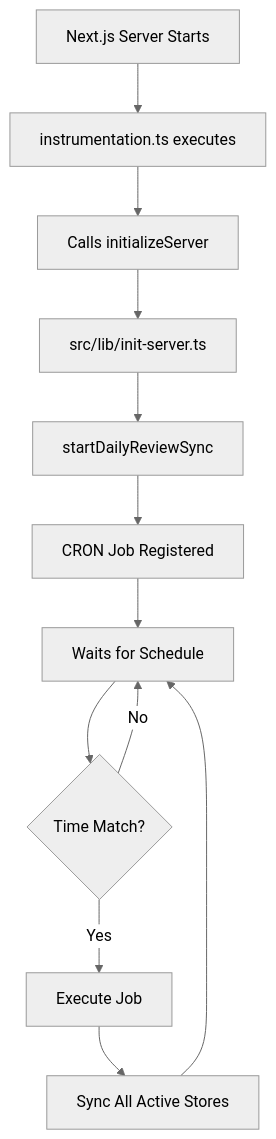
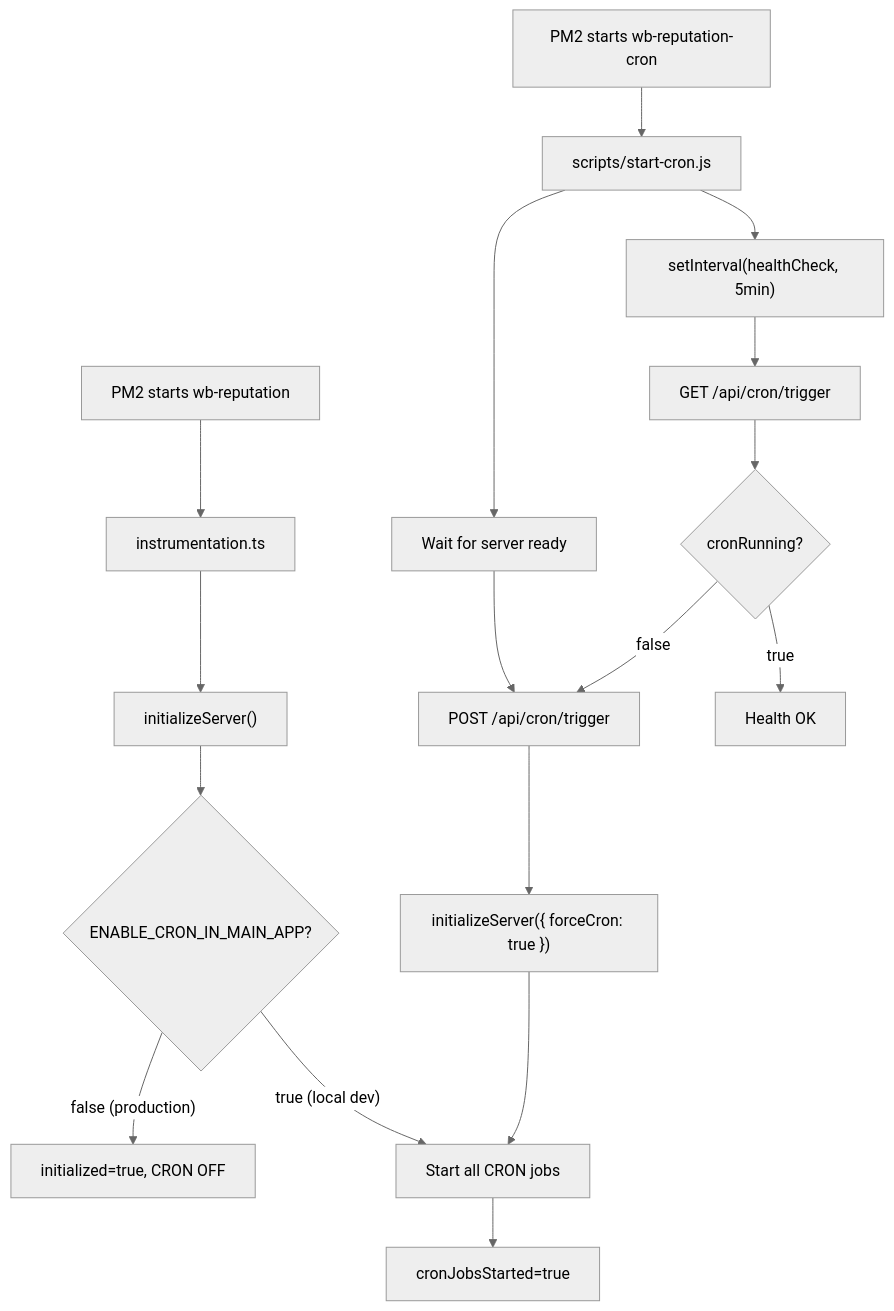
The second of 2 diagrams in docs/CRON_JOBS.md (Klimov-IS/R5-Saas-v-2.0), drawn with Mermaid (neutral theme) before and after one commit. The commit also changed other lines of this file and 3 other files, not shown here.

````diff
--- a/docs/CRON_JOBS.md
+++ b/docs/CRON_JOBS.md
@@ -89,14 +153,21 @@
 ```mermaid
 graph TD
-    A[Next.js Server Starts] --> B[instrumentation.ts executes]
-    B --> C[Calls initializeServer]
-    C --> D[src/lib/init-server.ts]
-    D --> E[startDailyReviewSync]
-    E --> F[CRON Job Registered]
-    F --> G[Waits for Schedule]
-    G --> H{Time Match?}
-    H -->|Yes| I[Execute Job]
-    H -->|No| G
-    I --> J[Sync All Active Stores]
-    J --> G
+    A[PM2 starts wb-reputation] --> B[instrumentation.ts]
+    B --> C["initializeServer()"]
+    C --> D{"ENABLE_CRON_IN_MAIN_APP?"}
+    D -->|"false (production)"| E["initialized=true, CRON OFF"]
+    D -->|"true (local dev)"| F["Start all CRON jobs"]
+
+    G[PM2 starts wb-reputation-cron] --> H[scripts/start-cron.js]
+    H --> I[Wait for server ready]
+    I --> J["POST /api/cron/trigger"]
+    J --> K["initializeServer({ forceCron: true })"]
+    K --> F
+    F --> L["cronJobsStarted=true"]
+
+    H --> M["setInterval(healthCheck, 5min)"]
+    M --> N["GET /api/cron/trigger"]
+    N --> O{"cronRunning?"}
+    O -->|true| P["Health OK"]
+    O -->|false| J
 ```
````
